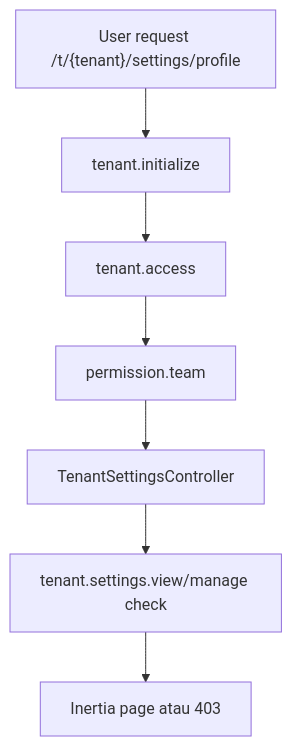
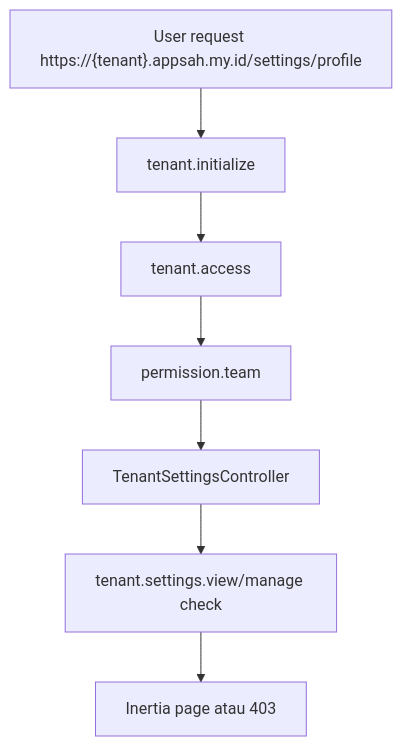
One commit to mutihakim/saasSG changed the diagram in project/docs/03-features/tenant-settings.md. Above: the diagram before and after it, drawn with Mermaid. The commit also changed other lines of this file and 7 other files, not shown here.

Commit message:
docs: sync all markdown with current subdomain and reverb architectures

````diff
--- a/project/docs/03-features/tenant-settings.md
+++ b/project/docs/03-features/tenant-settings.md
@@ -24,9 +24,9 @@
 ```mermaid
 flowchart TD
-  A["User request /t/{tenant}/settings/profile"] --> B["tenant.initialize"]
+  A["User request https://{tenant}.appsah.my.id/settings/profile"] --> B["tenant.initialize"]
   B --> C["tenant.access"]
   C --> D["permission.team"]
   D --> E["TenantSettingsController"]
   E --> F["tenant.settings.view/manage check"]
   F --> G["Inertia page atau 403"]
 ```
````
